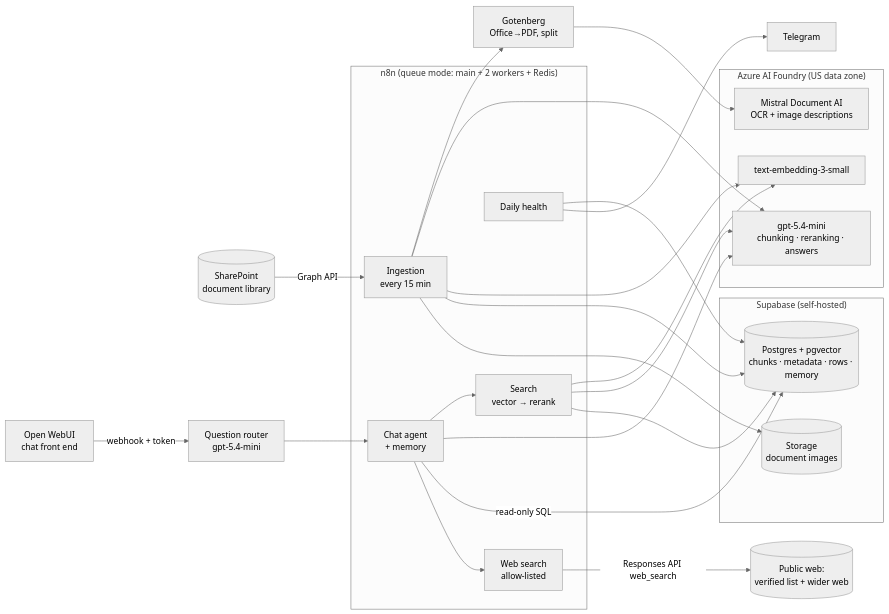
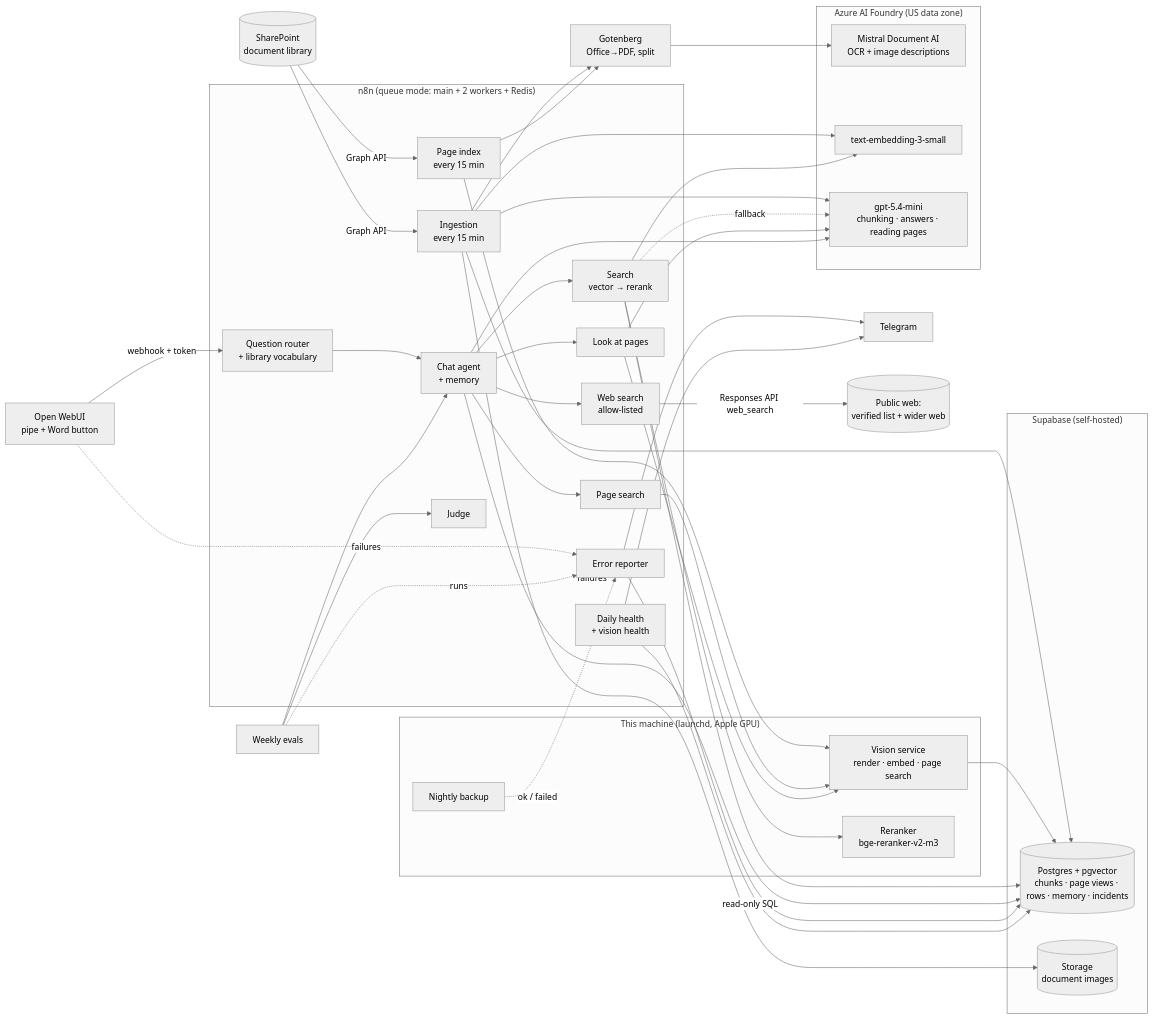
Before and after one commit to khalidelho/n8n-sharepoint-rag: the diagram in README.md, drawn with Mermaid (neutral theme). The commit also changed other lines of this file and 46 other files, not shown here.

First line of the commit message:
Visual page search, local reranker, self-checks and backups

````diff
--- a/README.md
+++ b/README.md
@@ -29,44 +47,72 @@
 ```mermaid
 flowchart LR
     SP[(SharePoint<br/>document library)]
 
     subgraph n8n["n8n (queue mode: main + 2 workers + Redis)"]
         ING[Ingestion<br/>every 15 min]
+        PIX[Page index<br/>every 15 min]
+        RT[Question router<br/>+ library vocabulary]
         AGT[Chat agent<br/>+ memory]
         SRCH[Search<br/>vector → rerank]
-        HLT[Daily health]
+        PS[Page search]
+        LAP[Look at pages]
         WS[Web search<br/>allow-listed]
+        ERR[Error reporter]
+        HLT[Daily health<br/>+ vision health]
+        JDG[Judge]
+    end
+
+    subgraph MAC["This machine (launchd, Apple GPU)"]
+        VIS[Vision service<br/>render · embed · page search]
+        RR[Reranker<br/>bge-reranker-v2-m3]
+        BK[Nightly backup]
     end
 
     subgraph AZ["Azure AI Foundry (US data zone)"]
         OCR[Mistral Document AI<br/>OCR + image descriptions]
         EMB[text-embedding-3-small]
-        GPT[gpt-5.4-mini<br/>chunking · reranking · answers]
+        GPT[gpt-5.4-mini<br/>chunking · answers · reading pages]
     end
 
     subgraph SB["Supabase (self-hosted)"]
-        PG[(Postgres + pgvector<br/>chunks · metadata · rows · memory)]
+        PG[(Postgres + pgvector<br/>chunks · page views · rows · memory · incidents)]
         ST[(Storage<br/>document images)]
     end
 
     GOT[Gotenberg<br/>Office→PDF, split]
-    OWU[Open WebUI<br/>chat front end]
+    OWU[Open WebUI<br/>pipe + Word button]
     TG[Telegram]
+    EV[Weekly evals]
 
     SP -- Graph API --> ING
+    SP -- Graph API --> PIX
     ING --> GOT --> OCR
     ING --> GPT
     ING --> EMB
     ING --> PG
     ING --> ST
-    OWU -- webhook + token --> RT[Question router<br/>gpt-5.4-mini] --> AGT
+    PIX --> GOT
+    PIX --> VIS --> PG
+    OWU -- webhook + token --> RT --> AGT
     AGT --> SRCH --> EMB
-    SRCH --> GPT
+    SRCH --> RR
+    SRCH -. fallback .-> GPT
     SRCH --> PG
+    AGT --> PS --> VIS
+    AGT --> LAP --> VIS
+    LAP --> GPT
     AGT --> GPT
     AGT -- read-only SQL --> PG
+    AGT --> WS
+    WS -- Responses API web_search --> PUB[(Public web:<br/>verified list + wider web)]
+    n8n -. failures .-> ERR
+    OWU -. failures .-> ERR
+    BK -. ok / failed .-> ERR
+    EV --> AGT
+    EV --> JDG
+    EV -. runs .-> ERR
+    ERR --> PG
+    ERR --> TG
     HLT --> PG
     HLT --> TG
-    AGT --> WS
-    WS -- Responses API web_search --> PUB[(Public web:<br/>verified list + wider web)]
 ```
````
